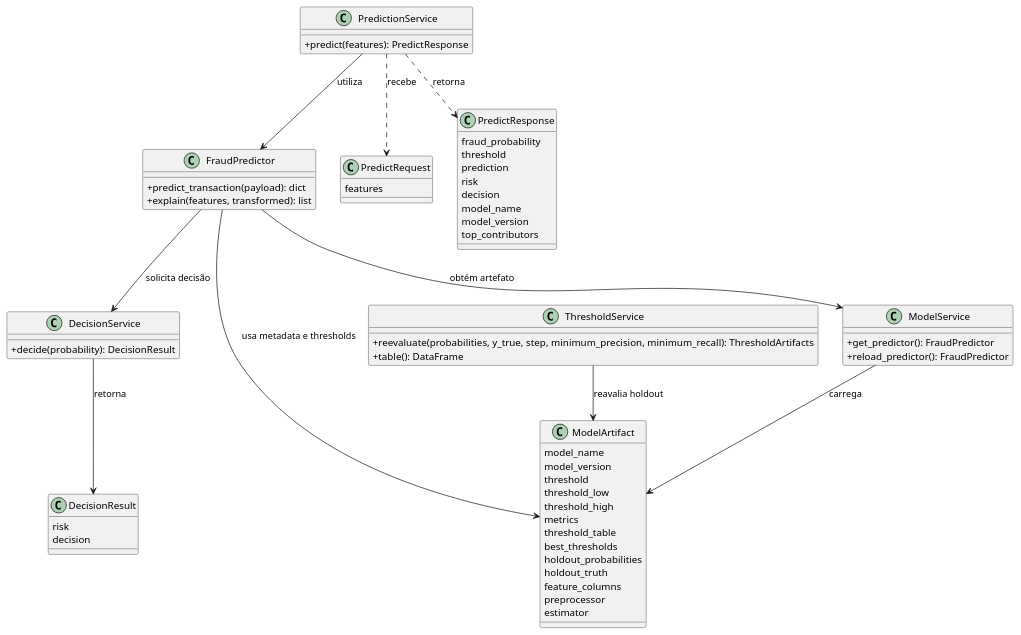
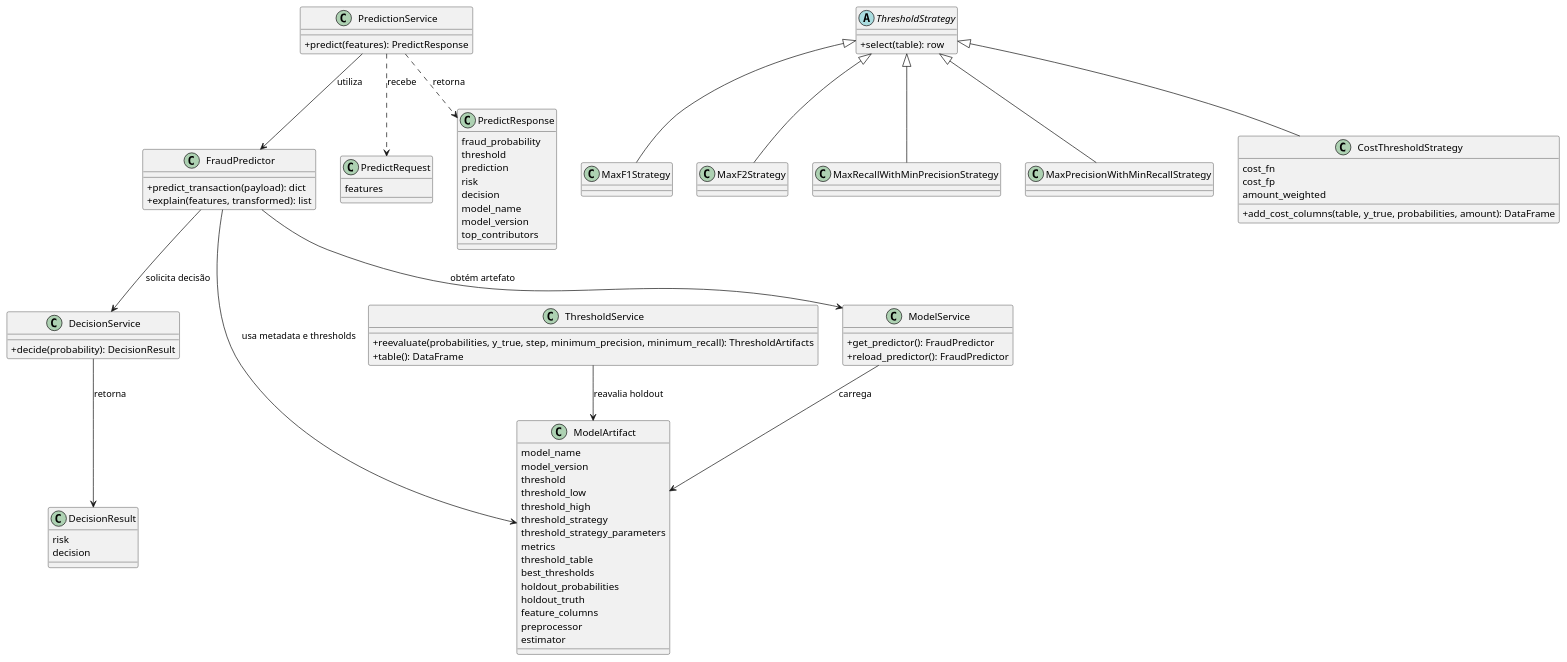
One commit to CaioTeramito/MVP-FraudDetection changed the diagram in docs/diagrams/04_classes.puml. Above: the diagram before and after it, drawn with PlantUML. The commit also changed 18 other files, not shown here.

```diff
--- a/docs/diagrams/04_classes.puml
+++ b/docs/diagrams/04_classes.puml
@@ -1,63 +1,83 @@
 @startuml
 skinparam classAttributeIconSize 0
 class PredictionService {
   +predict(features): PredictResponse
 }
 class ModelService {
   +get_predictor(): FraudPredictor
   +reload_predictor(): FraudPredictor
 }
 class DecisionService {
   +decide(probability): DecisionResult
 }
 class ThresholdService {
   +reevaluate(probabilities, y_true, step, minimum_precision, minimum_recall): ThresholdArtifacts
   +table(): DataFrame
 }
 class FraudPredictor {
   +predict_transaction(payload): dict
   +explain(features, transformed): list
 }
 class ModelArtifact {
   model_name
   model_version
   threshold
   threshold_low
   threshold_high
+  threshold_strategy
+  threshold_strategy_parameters
   metrics
   threshold_table
   best_thresholds
   holdout_probabilities
   holdout_truth
   feature_columns
   preprocessor
   estimator
 }
 class PredictRequest {
   features
 }
 class PredictResponse {
   fraud_probability
   threshold
   prediction
   risk
   decision
   model_name
   model_version
   top_contributors
 }
 class DecisionResult {
   risk
   decision
 }
+abstract class ThresholdStrategy {
+  +select(table): row
+}
+class MaxF1Strategy
+class MaxF2Strategy
+class MaxRecallWithMinPrecisionStrategy
+class MaxPrecisionWithMinRecallStrategy
+class CostThresholdStrategy {
+  cost_fn
+  cost_fp
+  amount_weighted
+  +add_cost_columns(table, y_true, probabilities, amount): DataFrame
+}
 
 PredictionService --> FraudPredictor : utiliza
 PredictionService ..> PredictRequest : recebe
 PredictionService ..> PredictResponse : retorna
 FraudPredictor --> ModelService : obtém artefato
 FraudPredictor --> DecisionService : solicita decisão
 FraudPredictor --> ModelArtifact : usa metadata e thresholds
 DecisionService --> DecisionResult : retorna
 ModelService --> ModelArtifact : carrega
 ThresholdService --> ModelArtifact : reavalia holdout
+ThresholdStrategy <|-- MaxF1Strategy
+ThresholdStrategy <|-- MaxF2Strategy
+ThresholdStrategy <|-- MaxRecallWithMinPrecisionStrategy
+ThresholdStrategy <|-- MaxPrecisionWithMinRecallStrategy
+ThresholdStrategy <|-- CostThresholdStrategy
 @enduml
```
